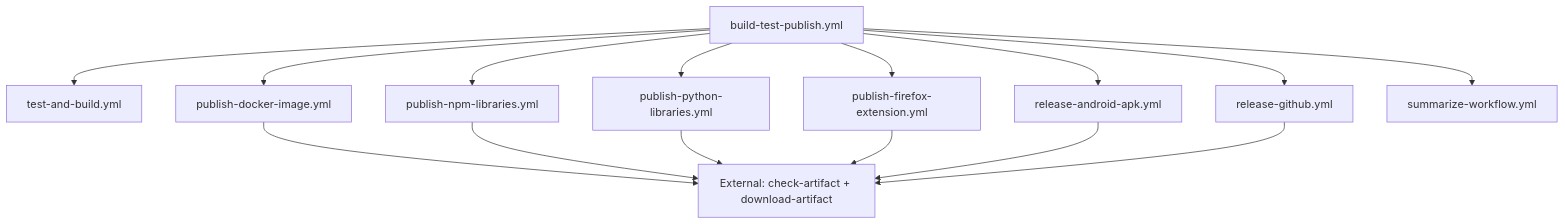
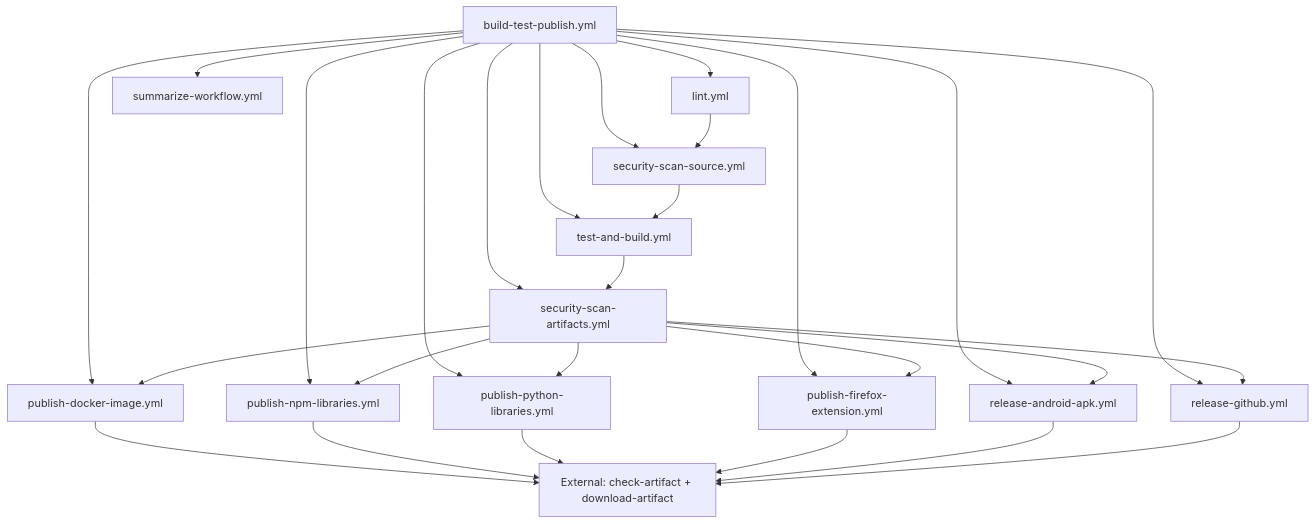
One commit to tehw0lf/workflows changed the diagram in README.md. Above: the diagram before and after it, drawn with Mermaid. The commit also changed other lines of this file and 5 other files, not shown here.

````diff
--- a/README.md
+++ b/README.md
@@ -407,18 +522,31 @@
 ```mermaid
 graph TD
-    A[build-test-publish.yml] --> B[test-and-build.yml]
+    A[build-test-publish.yml] --> L[lint.yml]
+    A --> M[security-scan-source.yml]
+    A --> B[test-and-build.yml]
+    A --> N[security-scan-artifacts.yml]
     A --> C[publish-docker-image.yml]
     A --> D[publish-npm-libraries.yml]
     A --> E[publish-python-libraries.yml]
     A --> F[publish-firefox-extension.yml]
     A --> G[release-android-apk.yml]
     A --> H[release-github.yml]
     A --> J[summarize-workflow.yml]
 
+    L --> M
+    M --> B
+    B --> N
+    N --> C
+    N --> D
+    N --> E
+    N --> F
+    N --> G
+    N --> H
+
     C --> I[External: check-artifact + download-artifact]
     D --> I
     E --> I
     F --> I
     G --> I
     H --> I
 ```
````
